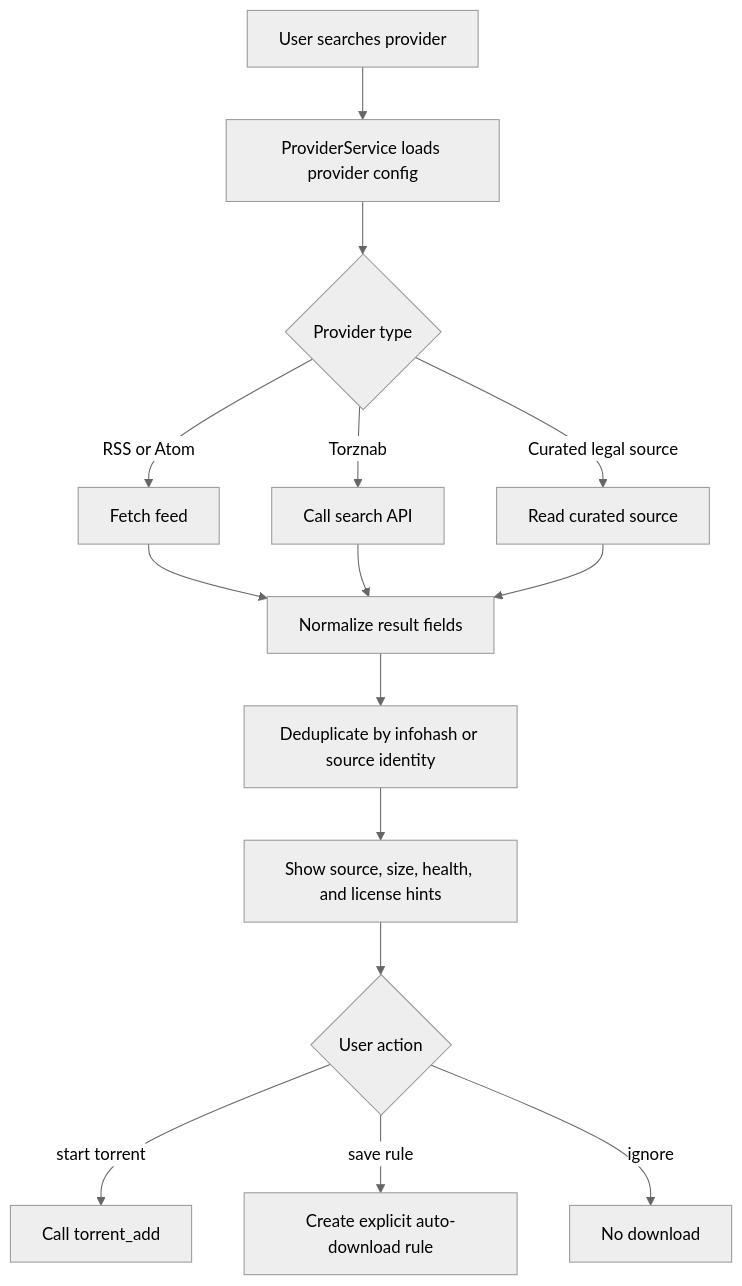
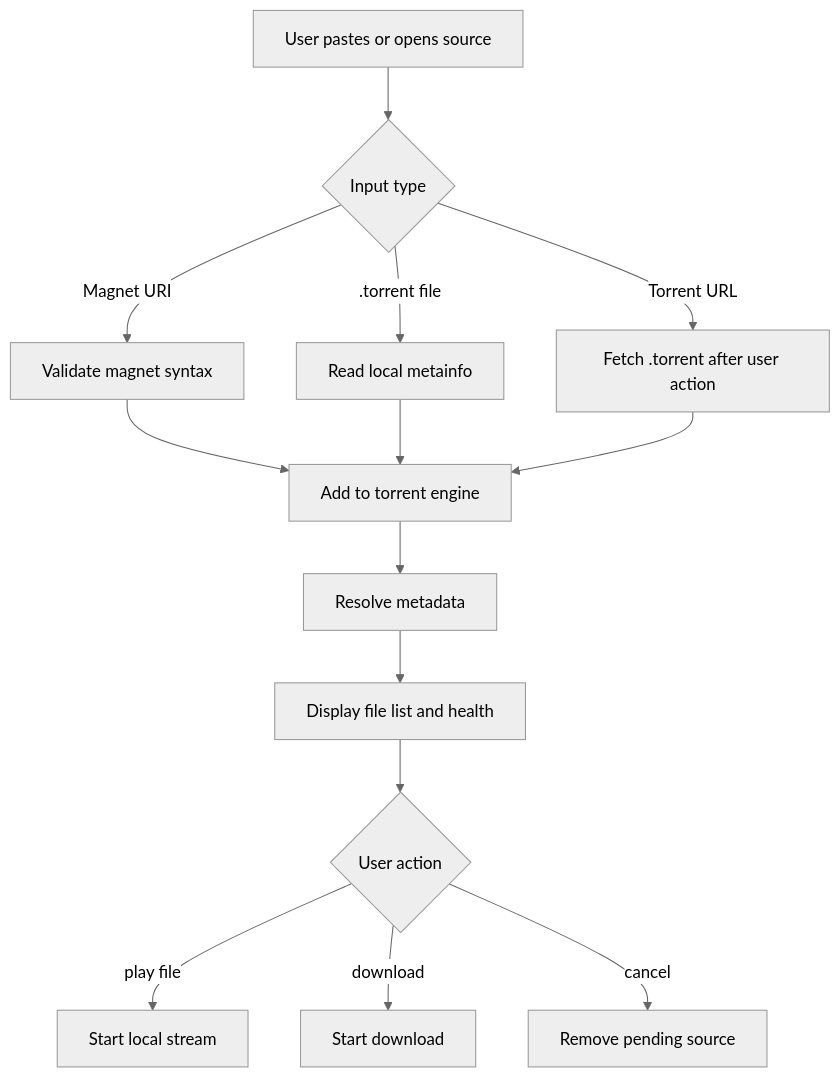
Before and after one commit to ltdai010/torrent-dock: the fourth of 4 diagrams in techdocs/engineering-spec.md, drawn with Mermaid (neutral theme). The commit also changed other lines of this file and 19 other files, not shown here.

First line of the commit message:
Add subtitle providers, torrent search, and desktop playback UI

````diff
--- a/techdocs/engineering-spec.md
+++ b/techdocs/engineering-spec.md
@@ -690,17 +680,16 @@
 ```mermaid
 flowchart TD
-    A["User searches provider"] --> B["ProviderService loads provider config"]
-    B --> C{"Provider type"}
-    C -->|"RSS or Atom"| D["Fetch feed"]
-    C -->|"Torznab"| E["Call search API"]
-    C -->|"Curated legal source"| F["Read curated source"]
-    D --> G["Normalize result fields"]
-    E --> G
-    F --> G
-    G --> H["Deduplicate by infohash or source identity"]
-    H --> I["Show source, size, health, and license hints"]
-    I --> J{"User action"}
-    J -->|"start torrent"| K["Call torrent_add"]
-    J -->|"save rule"| L["Create explicit auto-download rule"]
-    J -->|"ignore"| M["No download"]
+    A["User pastes or opens source"] --> B{"Input type"}
+    B -->|"Magnet URI"| C["Validate magnet syntax"]
+    B -->|".torrent file"| D["Read local metainfo"]
+    B -->|"Torrent URL"| E["Fetch .torrent after user action"]
+    C --> F["Add to torrent engine"]
+    D --> F
+    E --> F
+    F --> G["Resolve metadata"]
+    G --> H["Display file list and health"]
+    H --> I{"User action"}
+    I -->|"play file"| J["Start local stream"]
+    I -->|"download"| K["Start download"]
+    I -->|"cancel"| L["Remove pending source"]
 ```
````
